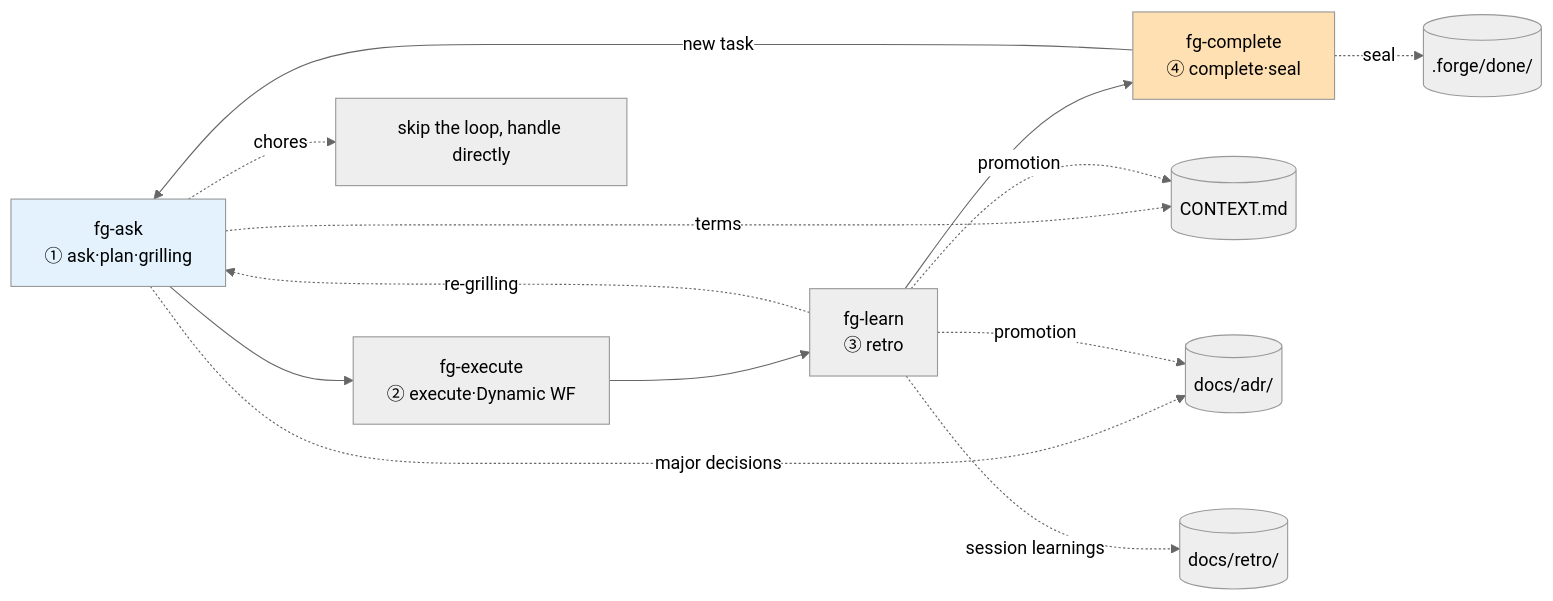
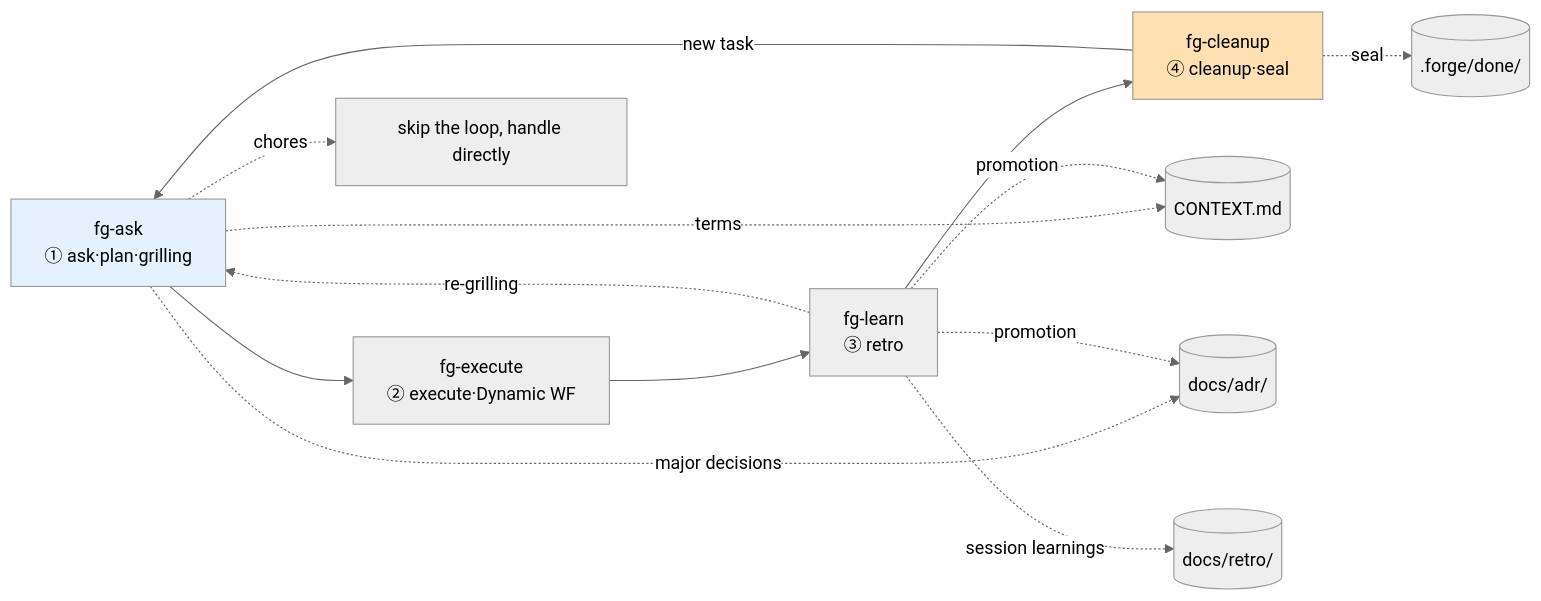
The diagram in README.md (gyuha/forge), drawn with Mermaid (neutral theme) before and after one commit. The commit also changed other lines of this file and 10 other files, not shown here.

````diff
--- a/README.md
+++ b/README.md
@@ -25,17 +32,17 @@
 ```mermaid
 flowchart LR
     A[fg-ask<br/>① ask·plan·grilling] --> E[fg-execute<br/>② execute·Dynamic WF]
     E --> L[fg-learn<br/>③ retro]
-    L --> C[fg-complete<br/>④ complete·seal]
+    L --> C[fg-cleanup<br/>④ cleanup·seal]
     L -.re-grilling.-> A
     C -->|new task| A
     A -.chores.-> X[skip the loop, handle directly]
     A -.terms.-> CTX[(CONTEXT.md)]
     A -.major decisions.-> ADR[(docs/adr/)]
     L -.promotion.-> CTX
     L -.promotion.-> ADR
     L -.session learnings.-> RETRO[(docs/retro/)]
     C -.seal.-> DONE[(.forge/done/)]
     style A fill:#e3f2fd
     style C fill:#ffe0b2
 ```
````
